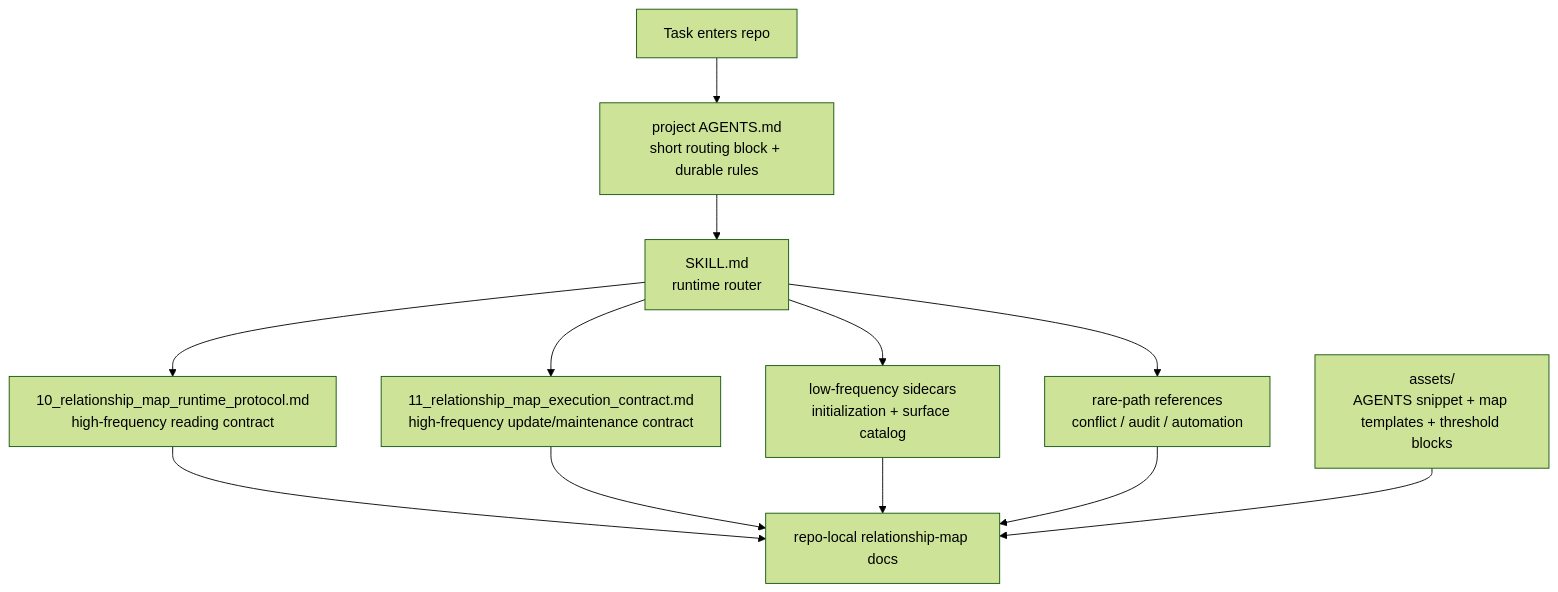
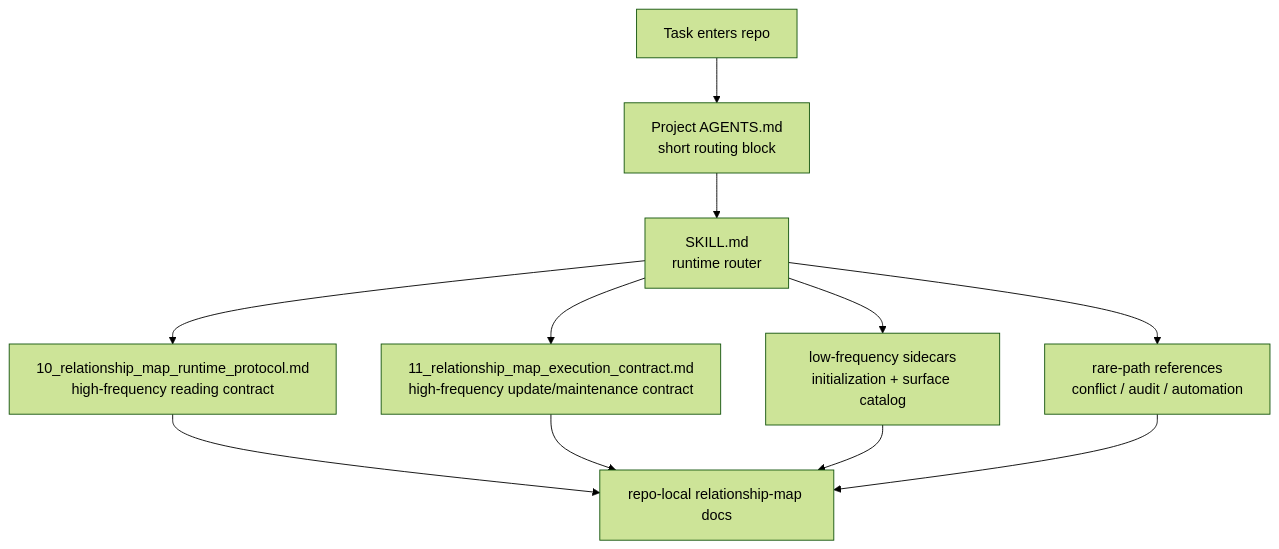
The diagram in README.md (1972143344-max/relationship-map-maintenance-skill), drawn with Mermaid (forest theme) before and after one commit. The commit also changed other lines of this file and 3 other files, not shown here.

````diff
--- a/README.md
+++ b/README.md
@@ -9,14 +11,13 @@
 ```mermaid
 flowchart TD
-    A["Task enters repo"] --> B["project AGENTS.md<br/>short routing block + durable rules"]
+    A["Task enters repo"] --> B["Project AGENTS.md<br/>short routing block"]
     B --> C["SKILL.md<br/>runtime router"]
     C --> D["10_relationship_map_runtime_protocol.md<br/>high-frequency reading contract"]
     C --> E["11_relationship_map_execution_contract.md<br/>high-frequency update/maintenance contract"]
     C --> F["low-frequency sidecars<br/>initialization + surface catalog"]
     C --> G["rare-path references<br/>conflict / audit / automation"]
     D --> H["repo-local relationship-map docs"]
     E --> H
     F --> H
     G --> H
-    I["assets/<br/>AGENTS snippet + map templates + threshold blocks"] --> H
 ```
````
